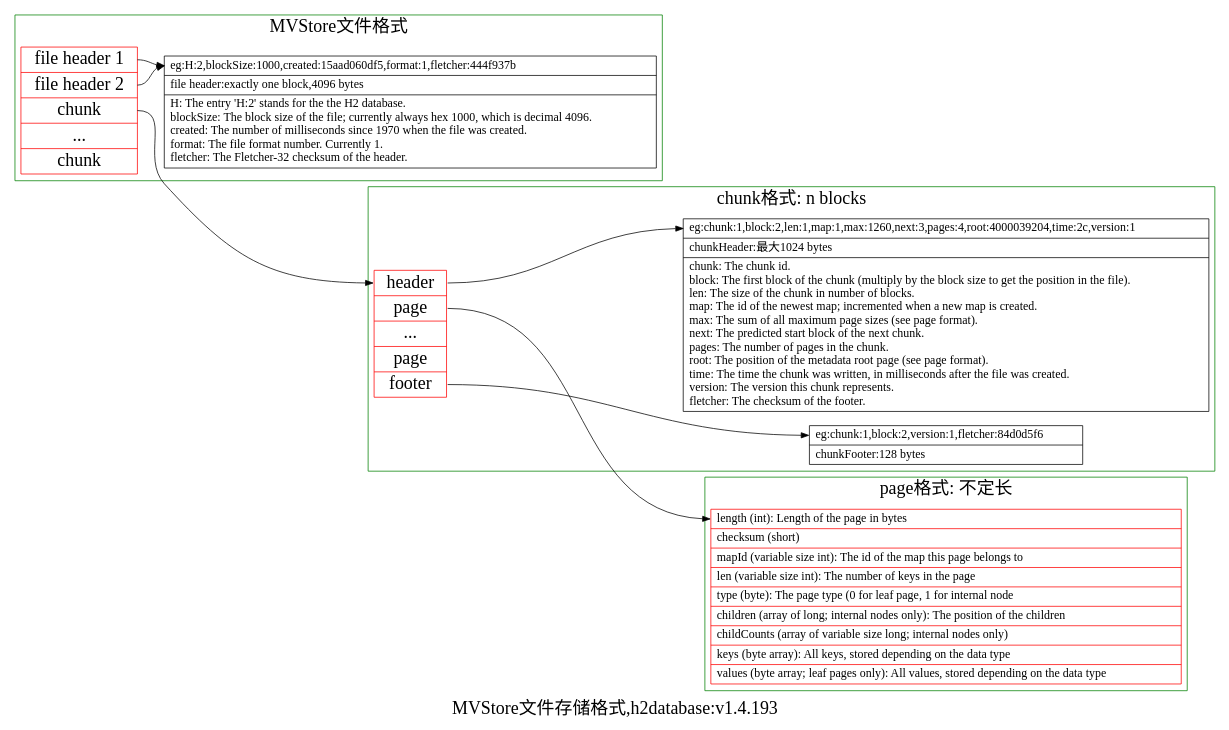
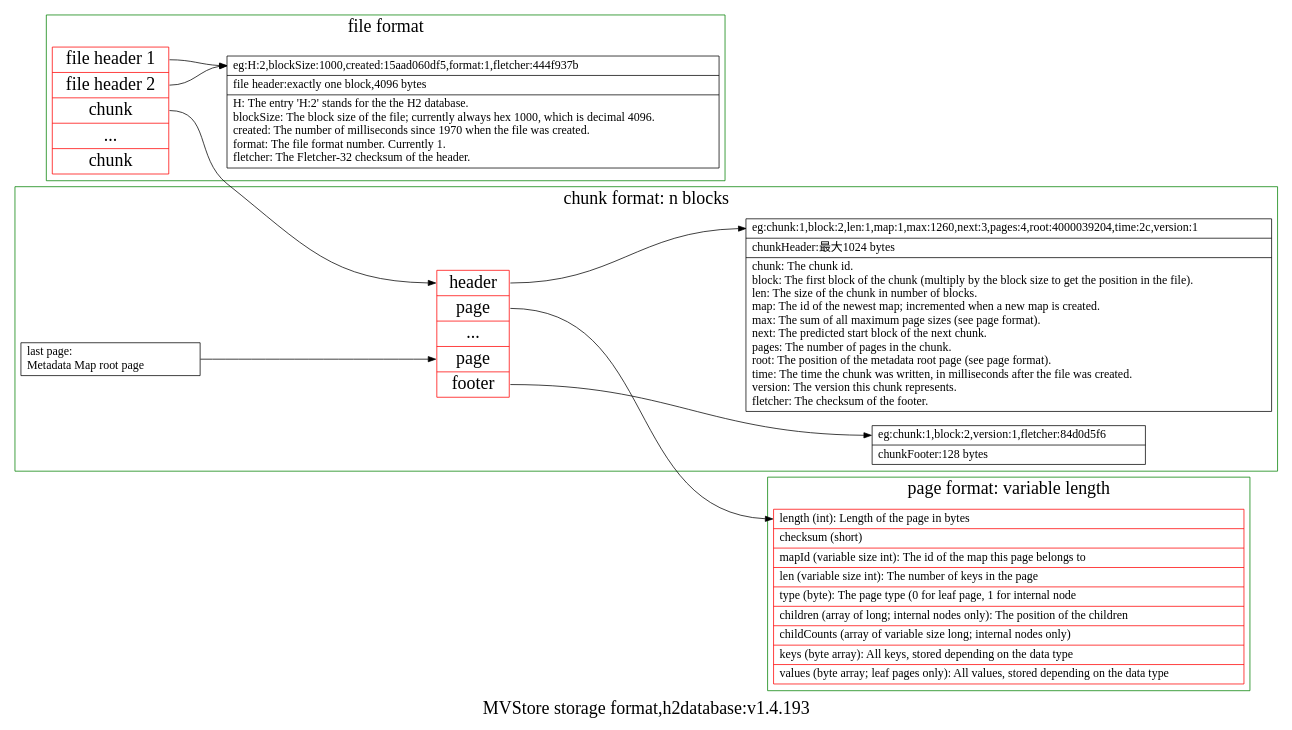
Before and after one commit to selfpoised/h2database: the diagram in h2/play/doc/dot_scripts/mvstore结构.gv, drawn with Graphviz. The commit also changed 1 other file, not shown here.

Commit message:
modify mvstore image

```diff
--- a/h2/play/doc/dot_scripts/mvstore结构.gv
+++ b/h2/play/doc/dot_scripts/mvstore结构.gv
@@ -1,95 +1,101 @@
 digraph MVStore {
 
 graph [
-	label="MVStore文件存储格式,h2database:v1.4.193"
+	label="MVStore storage format,h2database:v1.4.193"
 	rankdir = "LR",
 	fontname="FangSong"
 	fontsize = 24
 ];
 
 node [
 	fontname="FangSong",
 	fontsize = "20",
 	shape = "ellipse"
 ];
 
 edge [
 	fontname="FangSong"
 ];
 
 subgraph cluster_0 {
 		node [fontname="FangSong"];
-		label = "MVStore文件格式";
+		label = "file format";
 		"node" [
 			label = "<f0> file header 1| <f1> file header 2 | <f2> chunk | <f3> ...| <f4>chunk"
 			shape = "record"
 			color = "red"
 			fontsize = 24
 		];
 		"node_file_header" [
 			label = "<f0>eg:H:2,blockSize:1000,created:15aad060df5,format:1,fletcher:444f937b\l|file header:exactly one block,4096 bytes\l|H: The entry 'H:2' stands for the the H2 database.\lblockSize: The block size of the file; currently always hex 1000, which is decimal 4096.\lcreated: The number of milliseconds since 1970 when the file was created.\lformat: The file format number. Currently 1.\lfletcher: The Fletcher-32 checksum of the header.\l"
 			shape = "record"
 			fontsize = 16
 		];
 
 		"node":f0 -> "node_file_header":f0 [
 			id = 0
 		];
 		"node":f1 -> "node_file_header":f0 [
 			id = 1
 		];
 		color=green
 }
 
 subgraph cluster_1 {
 		node [fontname="FangSong"];
-		label = "chunk格式: n blocks";
+		label = "chunk format: n blocks";
 		"node_chunk" [
 			label = "<f0> header| <f1> page | <f2> ... | <f3> page| <f4>footer"
 			shape = "record"
 			color = "red"
 			fontsize = 24
 		];
 
 		"node_chunk_header" [
 			label = "<f0>eg:chunk:1,block:2,len:1,map:1,max:1260,next:3,pages:4,root:4000039204,time:2c,version:1\l|chunkHeader:最大1024 bytes\l|chunk: The chunk id.\lblock: The first block of the chunk (multiply by the block size to get the position in the file).\llen: The size of the chunk in number of blocks.\lmap: The id of the newest map; incremented when a new map is created.\lmax: The sum of all maximum page sizes (see page format).\lnext: The predicted start block of the next chunk.\lpages: The number of pages in the chunk.\lroot: The position of the metadata root page (see page format).\ltime: The time the chunk was written, in milliseconds after the file was created.\lversion: The version this chunk represents.\lfletcher: The checksum of the footer.\l"
 			shape = "record"
 			fontsize = 16
 		];
 
 		"node_chunk_footer" [
 			label = "<f0>eg:chunk:1,block:2,version:1,fletcher:84d0d5f6\l|chunkFooter:128 bytes\l"
 			shape = "record"
 			fontsize = 16
 		];
 
 		"node_chunk":f0 -> "node_chunk_header":f0 [
 			id = 3
 		];
 		"node_chunk":f4 -> "node_chunk_footer":f0 [
 			id = 4
 		];
+		"node_chunk_last_page" [
+			label = "<f0>last page:\l\	Metadata Map root page\l"
+			shape = "record"
+			fontsize = 16
+		];
+		"node_chunk_last_page" -> "node_chunk":f3;
 		color=green
 	}
 
 subgraph cluster_2 {
 		node [fontname="FangSong"];
-		label = "page格式: 不定长";
+		label = "page format: variable length";
 
 		"node_page" [
 			label = "<f0>length (int): Length of the page in bytes\l| <f1>checksum (short)\l| <f2>mapId (variable size int): The id of the map this page belongs to\l| <f3>len (variable size int): The number of keys in the page\l| <f4>type (byte): The page type (0 for leaf page, 1 for internal node\l|<f5>children (array of long; internal nodes only): The position of the children\l|<f6>childCounts (array of variable size long; internal nodes only)\l|<f7>keys (byte array): All keys, stored depending on the data type\l|<f8>values (byte array; leaf pages only): All values, stored depending on the data type\l"
 			shape = "record"
 			color = "red"
 			fontsize = 16
 		];
 		color=green
 }
 
 "node":f2 -> "node_chunk":f0 [
 			id = 5
 		];
 		
 "node_chunk":f1 -> "node_page":f0 [
 			id = 6
 		];
 }
```
